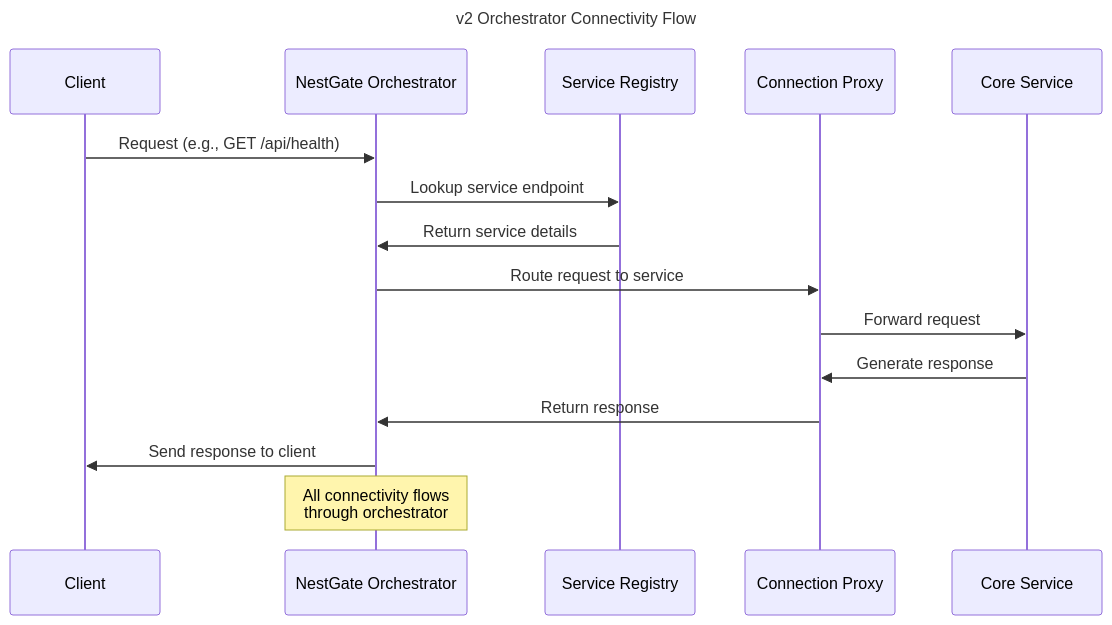
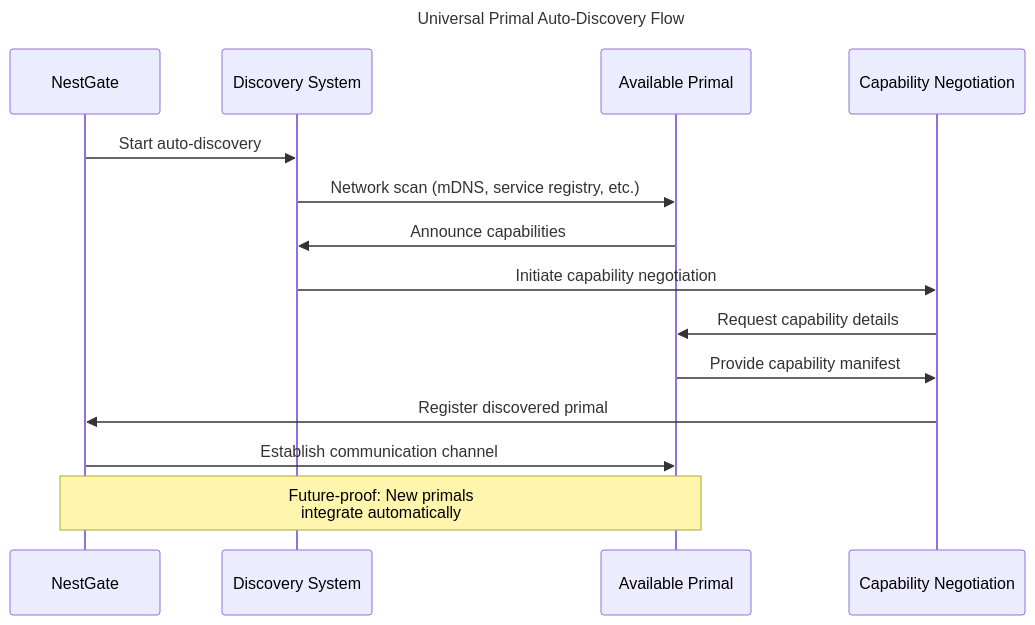
The second of 3 diagrams in specs/ARCHITECTURE_OVERVIEW.md (ecoPrimals/nestGate), drawn with Mermaid before and after one commit. The commit also changed other lines of this file and 193 other files, not shown here.

````diff
--- a/specs/ARCHITECTURE_OVERVIEW.md
+++ b/specs/ARCHITECTURE_OVERVIEW.md
@@ -172,22 +120,21 @@
 ```mermaid
 ---
-title: v2 Orchestrator Connectivity Flow
+title: Universal Primal Auto-Discovery Flow
 ---
 sequenceDiagram
-    participant C as Client
-    participant O as NestGate Orchestrator
-    participant R as Service Registry
-    participant P as Connection Proxy
-    participant S as Core Service
+    participant N as NestGate
+    participant D as Discovery System
+    participant P as Available Primal
+    participant C as Capability Negotiation
 
-    C->>O: Request (e.g., GET /api/health)
-    O->>R: Lookup service endpoint
-    R->>O: Return service details
-    O->>P: Route request to service
-    P->>S: Forward request
-    S->>P: Generate response
-    P->>O: Return response
-    O->>C: Send response to client
+    N->>D: Start auto-discovery
+    D->>P: Network scan (mDNS, service registry, etc.)
+    P->>D: Announce capabilities
+    D->>C: Initiate capability negotiation
+    C->>P: Request capability details
+    P->>C: Provide capability manifest
+    C->>N: Register discovered primal
+    N->>P: Establish communication channel
 
-    Note over O: All connectivity flows<br/>through orchestrator
+    Note over N,P: Future-proof: New primals<br/>integrate automatically
 ```
````
